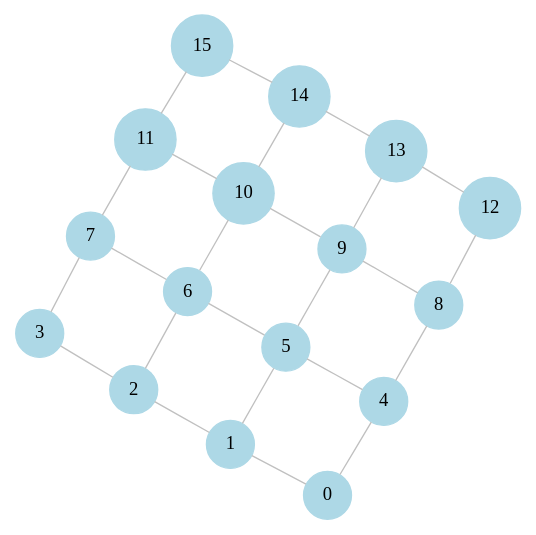
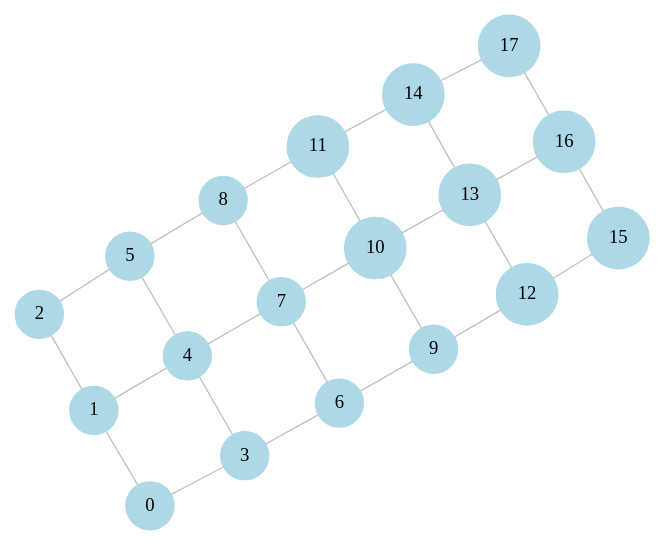
One commit to fieldofnodes/MBQC changed the diagram in figs/lattice2DGraphUpdated.dot. Above: the diagram before and after it, drawn with Graphviz. The commit also changed 9 other files, not shown here.

Commit message:
fixed lattice graph issue for measurements

```diff
--- a/figs/lattice2DGraphUpdated.dot
+++ b/figs/lattice2DGraphUpdated.dot
@@ -1,48 +1,53 @@
 graph G {
 graph [layout = neato]
 node [shape = circle,
 style = filled,
 style = filled,
 color = lightblue]
 edge [color = silver]
 0;
 1;
 2;
 3;
 4;
 5;
 6;
 7;
 8;
 9;
 10;
 11;
 12;
 13;
 14;
 15;
+16;
+17;
 0--1 ;
-0--4 ;
+0--3 ;
+3--4 ;
+3--6 ;
+6--7 ;
+6--9 ;
+9--10 ;
+9--12 ;
+12--13 ;
+12--15 ;
+15--16 ;
 1--2 ;
-1--5 ;
-2--3 ;
-2--6 ;
-3--7 ;
+1--4 ;
 4--5 ;
-4--8 ;
-5--6 ;
-5--9 ;
-6--7 ;
-6--10 ;
-7--11 ;
-8--9 ;
-8--12 ;
-9--10 ;
-9--13 ;
+4--7 ;
+7--8 ;
+7--10 ;
 10--11 ;
-10--14 ;
-11--15 ;
-12--13 ;
+10--13 ;
 13--14 ;
-14--15 ;
+13--16 ;
+16--17 ;
+2--5 ;
+5--8 ;
+8--11 ;
+11--14 ;
+14--17 ;
 }
```
